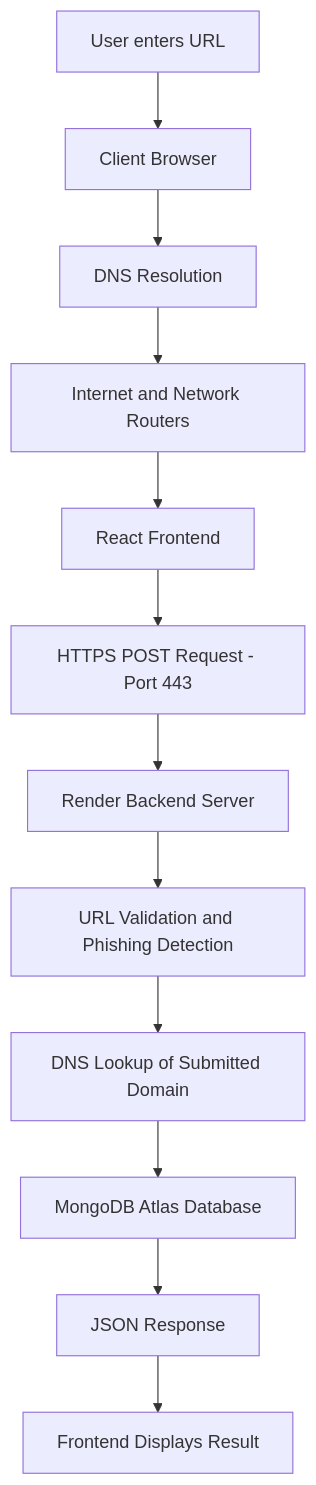
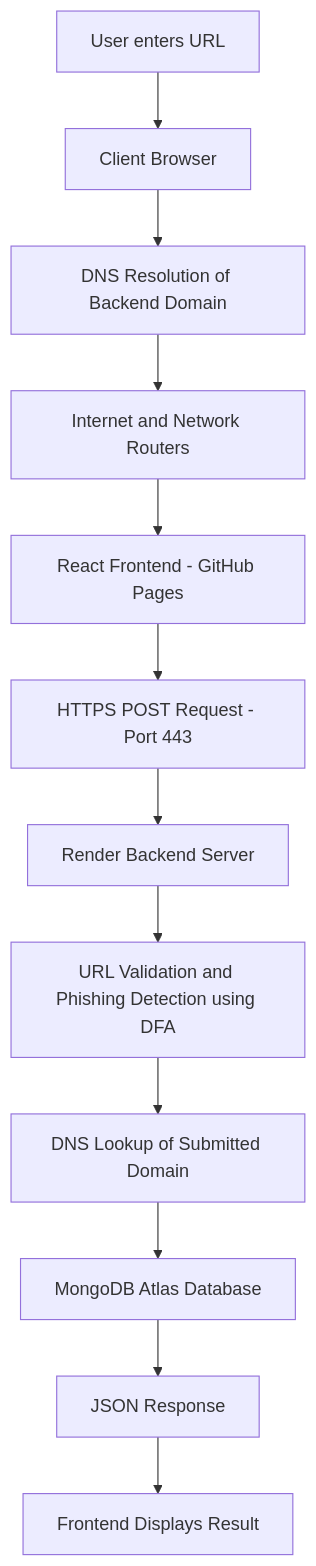
Before and after one commit to kavibharathi-2006/URL-Phishing-Detection: the diagram in CN/packetFlow.md, drawn with Mermaid. The commit also changed other lines of this file, not shown here.

````diff
--- a/CN/packetFlow.md
+++ b/CN/packetFlow.md
@@ -12,27 +12,27 @@
 ```mermaid
 flowchart TD
     A[User enters URL]
     B[Client Browser]
-    C[DNS Resolution]
+    C[DNS Resolution of Backend Domain]
     D[Internet and Network Routers]
-    E[React Frontend]
+    E[React Frontend - GitHub Pages]
     F[HTTPS POST Request - Port 443]
     G[Render Backend Server]
-    H[URL Validation and Phishing Detection]
+    H[URL Validation and Phishing Detection using DFA]
     I[DNS Lookup of Submitted Domain]
     J[MongoDB Atlas Database]
     K[JSON Response]
     L[Frontend Displays Result]
 
     A --> B
     B --> C
     C --> D
     D --> E
     E --> F
     F --> G
     G --> H
     H --> I
     I --> J
     J --> K
     K --> L
 ```
````
